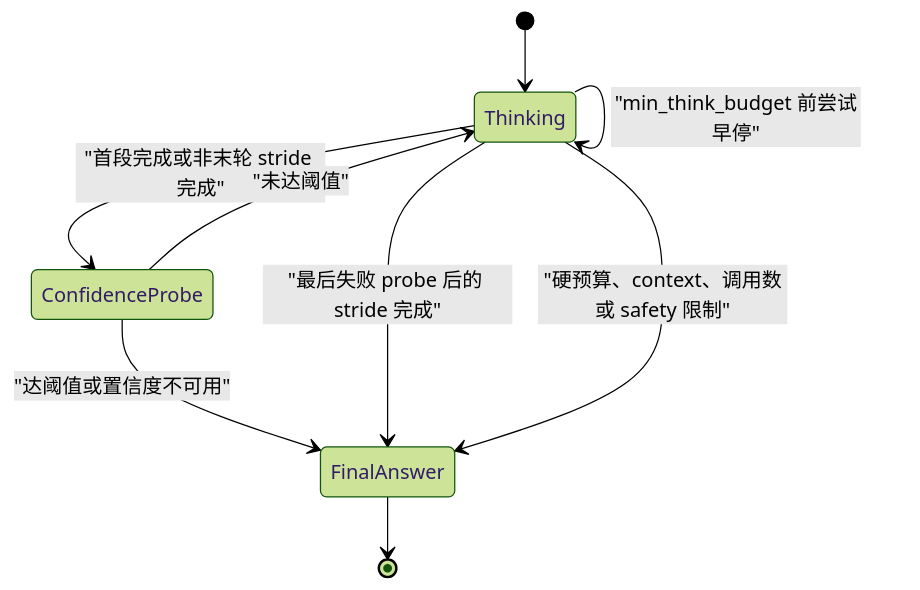
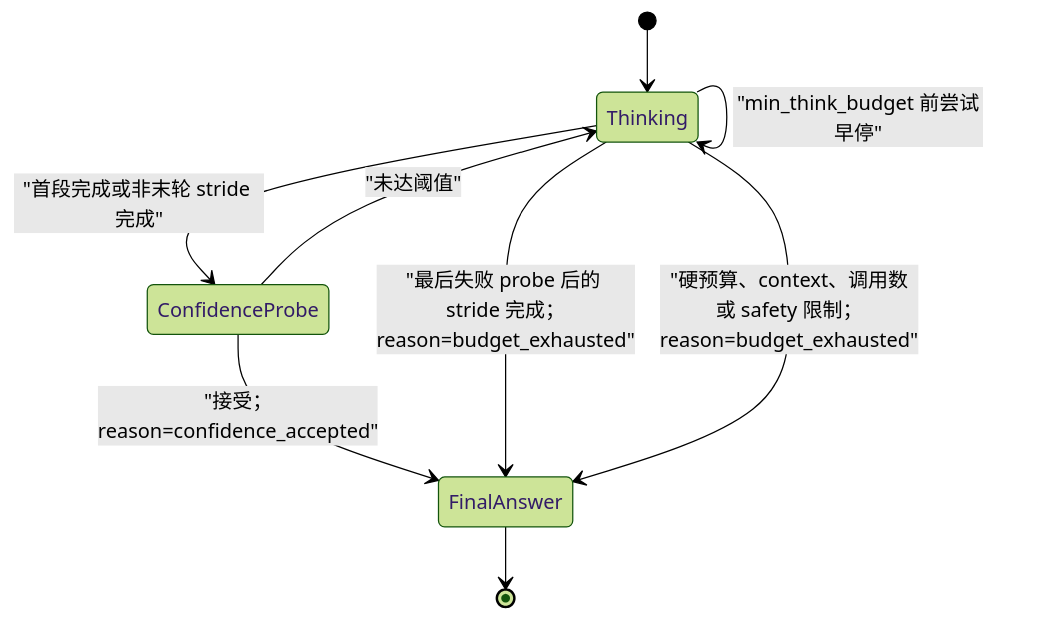
The third of 4 diagrams in docs/design/budget_forcing_migration.md (F00L42/TB), drawn with Mermaid (forest theme) before and after one commit. The commit also changed other lines of this file and 11 other files, not shown here.

````diff
--- a/docs/design/budget_forcing_migration.md
+++ b/docs/design/budget_forcing_migration.md
@@ -86,11 +86,11 @@
 ```mermaid
 stateDiagram-v2
     [*] --> Thinking
     Thinking --> ConfidenceProbe: "首段完成或非末轮 stride 完成"
     Thinking --> Thinking: "min_think_budget 前尝试早停"
-    ConfidenceProbe --> FinalAnswer: "达阈值或置信度不可用"
+    ConfidenceProbe --> FinalAnswer: "接受；reason=confidence_accepted"
     ConfidenceProbe --> Thinking: "未达阈值"
-    Thinking --> FinalAnswer: "最后失败 probe 后的 stride 完成"
-    Thinking --> FinalAnswer: "硬预算、context、调用数或 safety 限制"
+    Thinking --> FinalAnswer: "最后失败 probe 后的 stride 完成；reason=budget_exhausted"
+    Thinking --> FinalAnswer: "硬预算、context、调用数或 safety 限制；reason=budget_exhausted"
     FinalAnswer --> [*]
 ```
````
